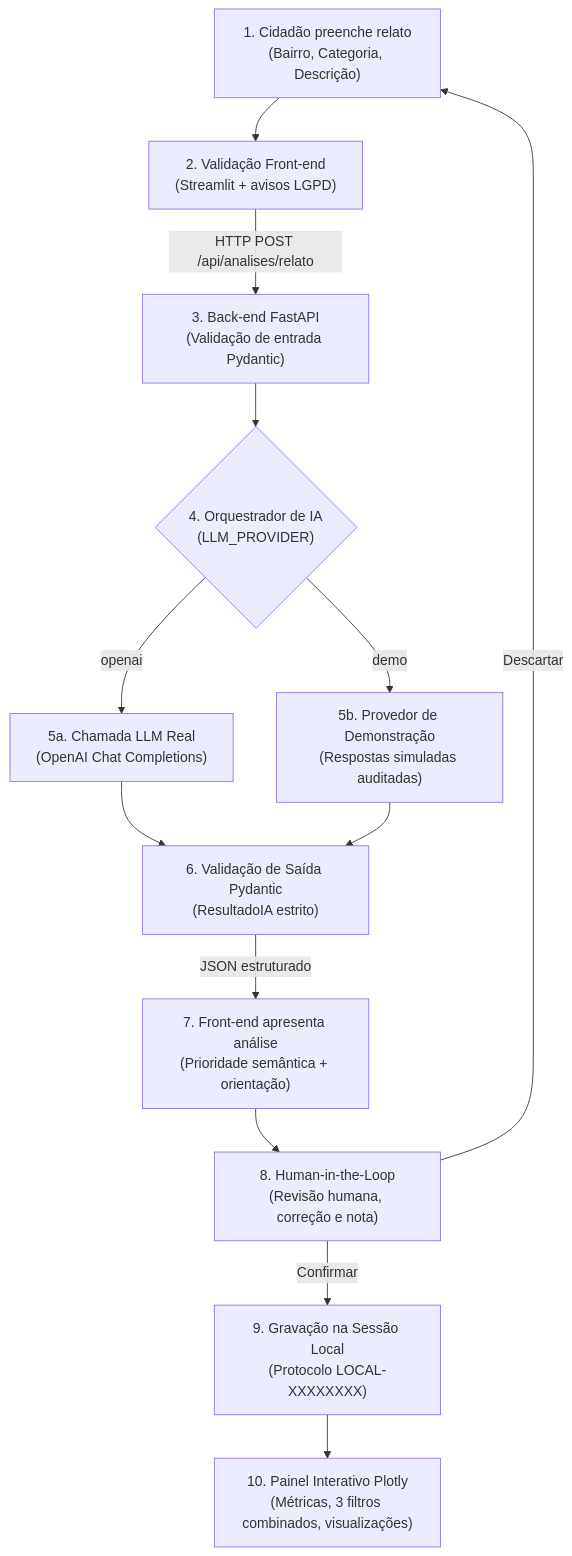
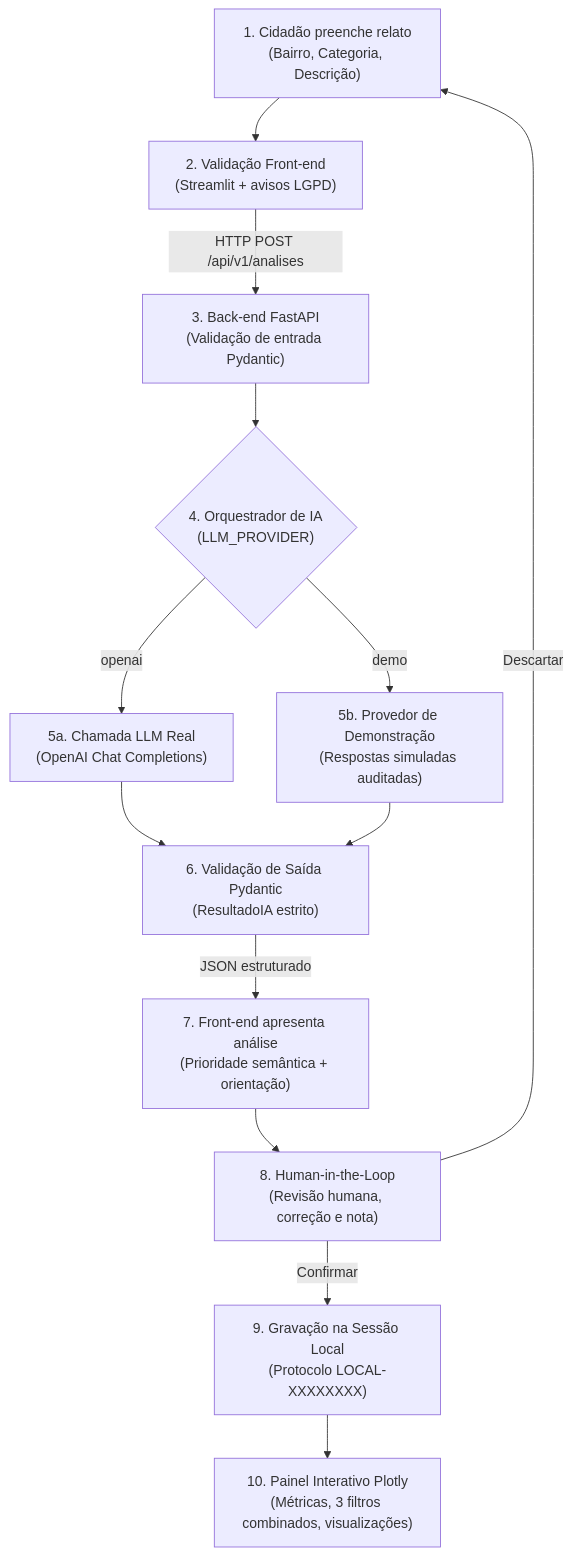
Before and after one commit to Danylukk/VivaBairro: the diagram in README.md, drawn with Mermaid. The commit also changed other lines of this file and 5 other files, not shown here.

````diff
--- a/README.md
+++ b/README.md
@@ -38,15 +38,15 @@
 ```mermaid
 flowchart TD
     A["1. Cidadão preenche relato\n(Bairro, Categoria, Descrição)"] --> B["2. Validação Front-end\n(Streamlit + avisos LGPD)"]
-    B -->|HTTP POST /api/analises/relato| C["3. Back-end FastAPI\n(Validação de entrada Pydantic)"]
+    B -->|HTTP POST /api/v1/analises| C["3. Back-end FastAPI\n(Validação de entrada Pydantic)"]
     C --> D{"4. Orquestrador de IA\n(LLM_PROVIDER)"}
     D -->|openai| E["5a. Chamada LLM Real\n(OpenAI Chat Completions)"]
     D -->|demo| F["5b. Provedor de Demonstração\n(Respostas simuladas auditadas)"]
     E --> G["6. Validação de Saída Pydantic\n(ResultadoIA estrito)"]
     F --> G
     G -->|JSON estruturado| H["7. Front-end apresenta análise\n(Prioridade semântica + orientação)"]
     H --> I["8. Human-in-the-Loop\n(Revisão humana, correção e nota)"]
     I -->|Confirmar| J["9. Gravação na Sessão Local\n(Protocolo LOCAL-XXXXXXXX)"]
     I -->|Descartar| A
     J --> K["10. Painel Interativo Plotly\n(Métricas, 3 filtros combinados, visualizações)"]
 ```
````
